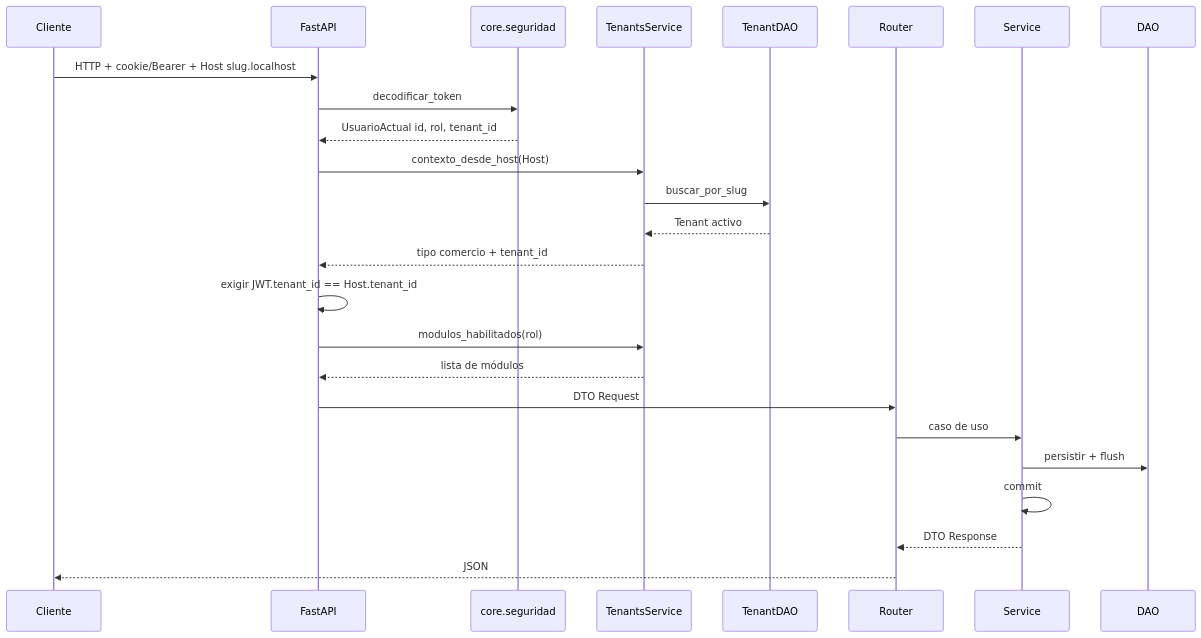
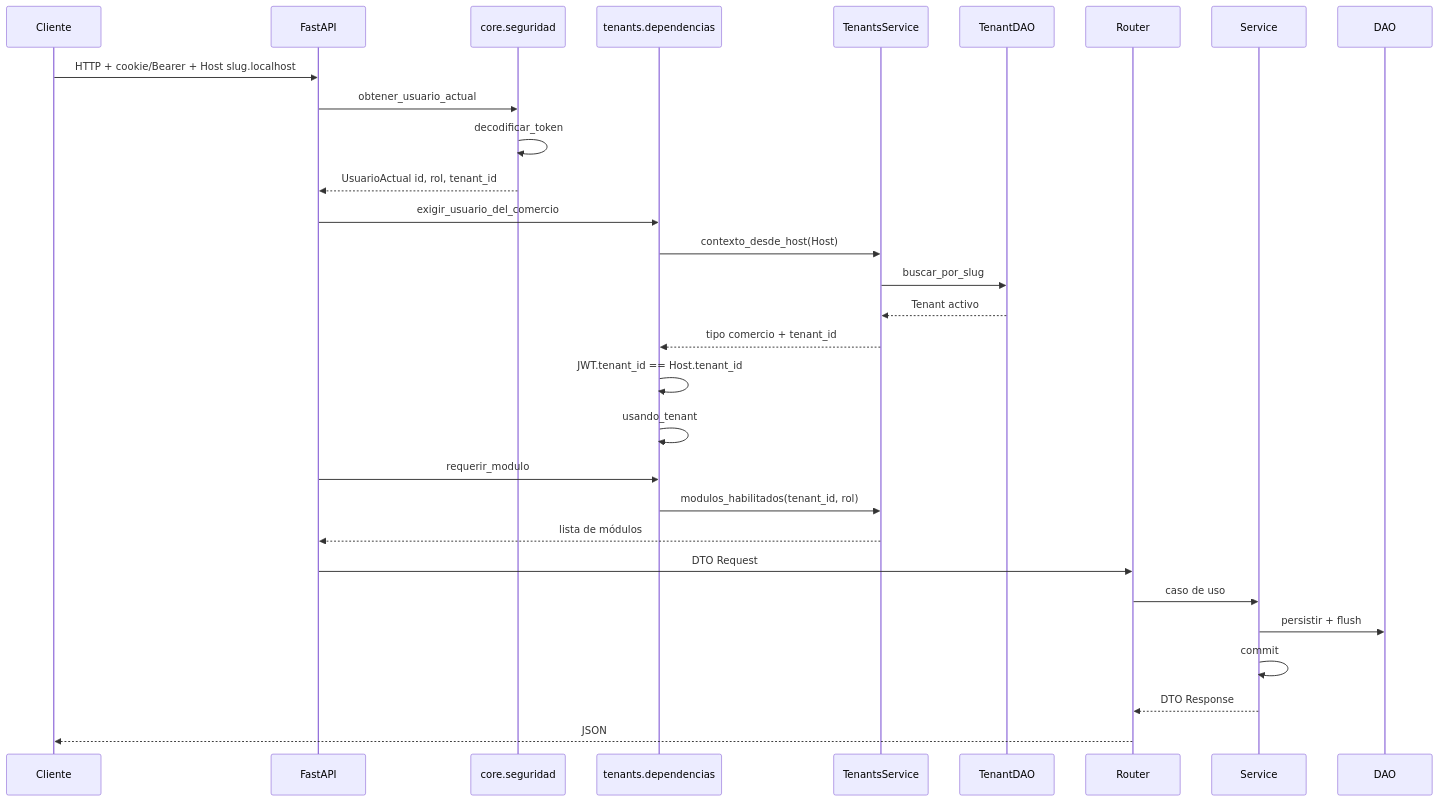
The first of 2 diagrams in docs/diagramas/00-transversal.md (estsan3/ventas360-api), drawn with Mermaid before and after one commit. The commit also changed other lines of this file and 10 other files, not shown here.

First line of the commit message:
docs: diagramas de secuencia por módulo (sync 2026-11-07)

````diff
--- a/docs/diagramas/00-transversal.md
+++ b/docs/diagramas/00-transversal.md
@@ -10,28 +12,33 @@
 ```mermaid
 sequenceDiagram
     participant Cliente
     participant FastAPI
     participant JWT as core.seguridad
+    participant TenantsDep as tenants.dependencias
     participant TenantsSvc as TenantsService
     participant TenantDAO
     participant Router
     participant Service
     participant DAO
 
     Cliente->>FastAPI: HTTP + cookie/Bearer + Host slug.localhost
-    FastAPI->>JWT: decodificar_token
+    FastAPI->>JWT: obtener_usuario_actual
+    JWT->>JWT: decodificar_token
     JWT-->>FastAPI: UsuarioActual id, rol, tenant_id
-    FastAPI->>TenantsSvc: contexto_desde_host(Host)
+    FastAPI->>TenantsDep: exigir_usuario_del_comercio
+    TenantsDep->>TenantsSvc: contexto_desde_host(Host)
     TenantsSvc->>TenantDAO: buscar_por_slug
     TenantDAO-->>TenantsSvc: Tenant activo
-    TenantsSvc-->>FastAPI: tipo comercio + tenant_id
-    FastAPI->>FastAPI: exigir JWT.tenant_id == Host.tenant_id
-    FastAPI->>TenantsSvc: modulos_habilitados(rol)
+    TenantsSvc-->>TenantsDep: tipo comercio + tenant_id
+    TenantsDep->>TenantsDep: JWT.tenant_id == Host.tenant_id
+    TenantsDep->>TenantsDep: usando_tenant
+    FastAPI->>TenantsDep: requerir_modulo
+    TenantsDep->>TenantsSvc: modulos_habilitados(tenant_id, rol)
     TenantsSvc-->>FastAPI: lista de módulos
     FastAPI->>Router: DTO Request
     Router->>Service: caso de uso
     Service->>DAO: persistir + flush
     Service->>Service: commit
     Service-->>Router: DTO Response
     Router-->>Cliente: JSON
 ```
````
